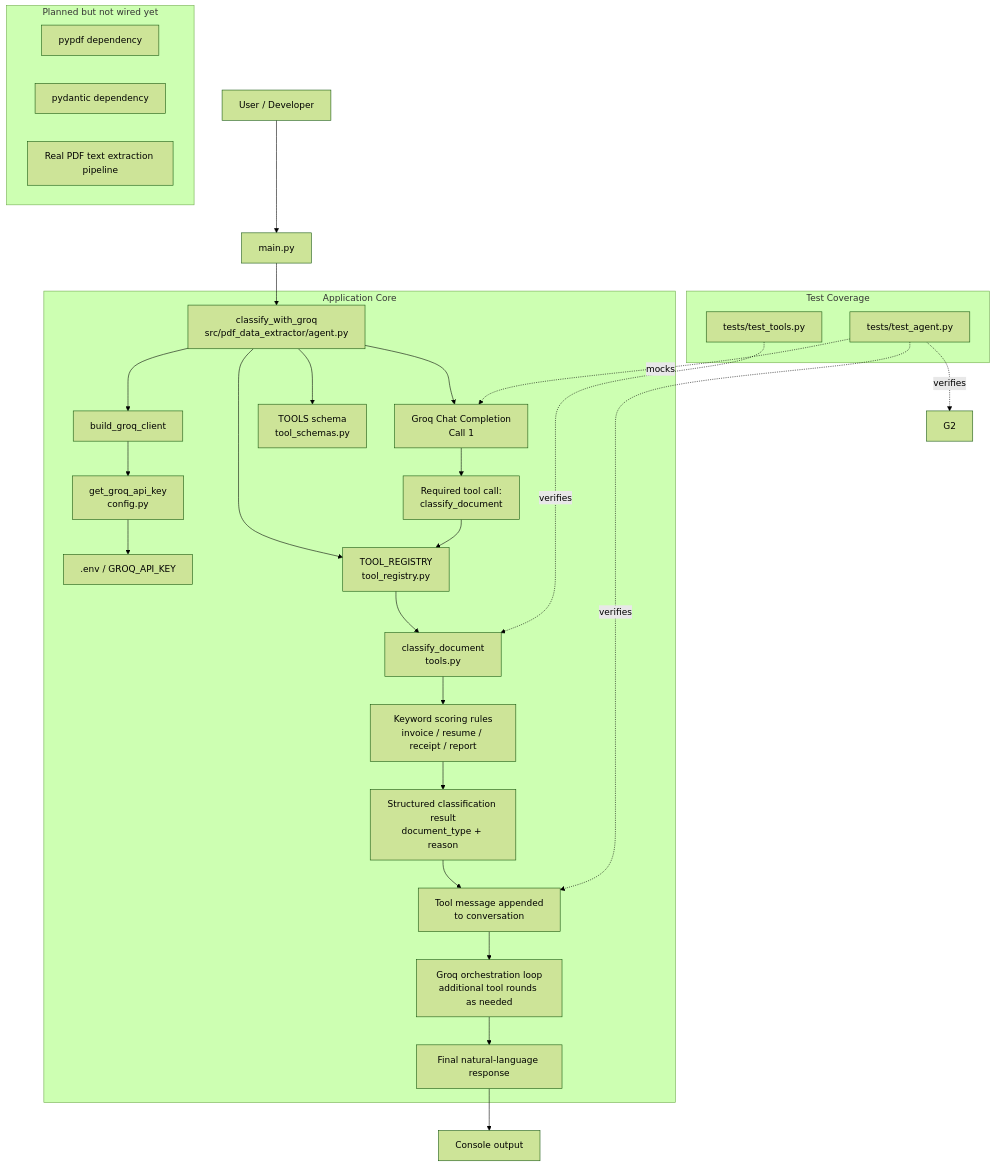
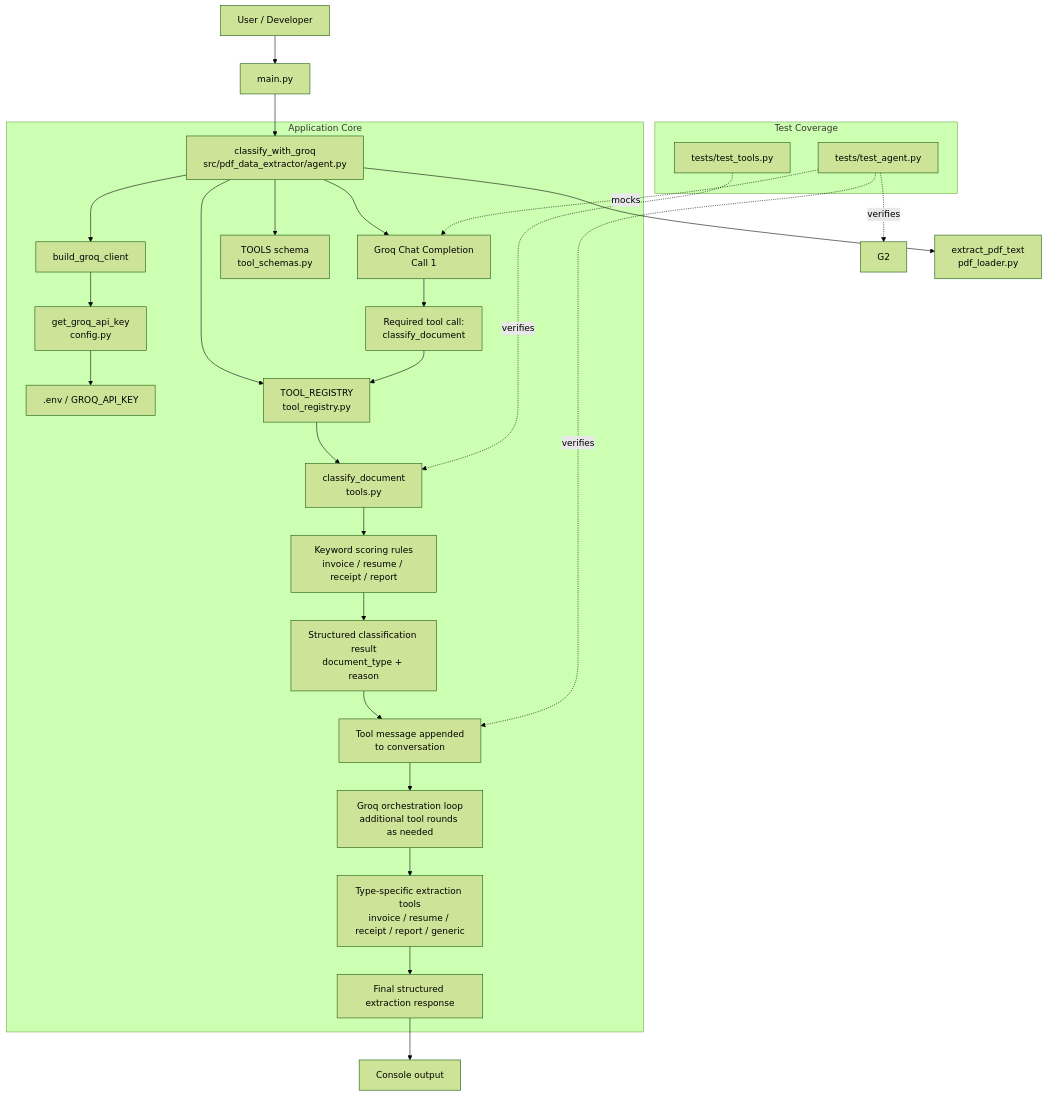
Before and after one commit to E-techgod/pdf-data-extractor: the diagram in README.md, drawn with Mermaid (forest theme). The commit also changed other lines of this file and 8 other files, not shown here.

Commit message:
Add the same logic for a generic classifier document, as I did for the report classifier

````diff
--- a/README.md
+++ b/README.md
@@ -34,44 +38,41 @@
 ```mermaid
 flowchart TD
     U[User / Developer] --> M[main.py]
     M --> A[classify_with_groq<br/>src/pdf_data_extractor/agent.py]
 
     subgraph AppCore[Application Core]
         A --> C[build_groq_client]
         C --> K[get_groq_api_key<br/>config.py]
         K --> E[.env / GROQ_API_KEY]
 
         A --> G1[Groq Chat Completion<br/>Call 1]
         A --> S[TOOLS schema<br/>tool_schemas.py]
         A --> R[TOOL_REGISTRY<br/>tool_registry.py]
 
         G1 --> TC[Required tool call:<br/>classify_document]
         TC --> R
         R --> T[classify_document<br/>tools.py]
 
         T --> KG[Keyword scoring rules<br/>invoice / resume / receipt / report]
         KG --> CR[Structured classification result<br/>document_type + reason]
 
         CR --> TM[Tool message appended<br/>to conversation]
         TM --> GL[Groq orchestration loop<br/>additional tool rounds as needed]
-        GL --> FR[Final natural-language response]
+        GL --> EX[Type-specific extraction tools<br/>invoice / resume / receipt / report / generic]
+        EX --> FR[Final structured extraction response]
     end
 
     FR --> O[Console output]
 
     subgraph Tests[Test Coverage]
         TA[tests/test_agent.py]
         TT[tests/test_tools.py]
     end
 
     TA -. mocks .-> G1
     TA -. verifies .-> TM
     TA -. verifies .-> G2
     TT -. verifies .-> T
 
-    subgraph FutureWork[Planned but not wired yet]
-        P1[pypdf dependency]
-        P2[pydantic dependency]
-        P3[Real PDF text extraction pipeline]
-    end
+    A --> P[extract_pdf_text<br/>pdf_loader.py]
 ```
````
